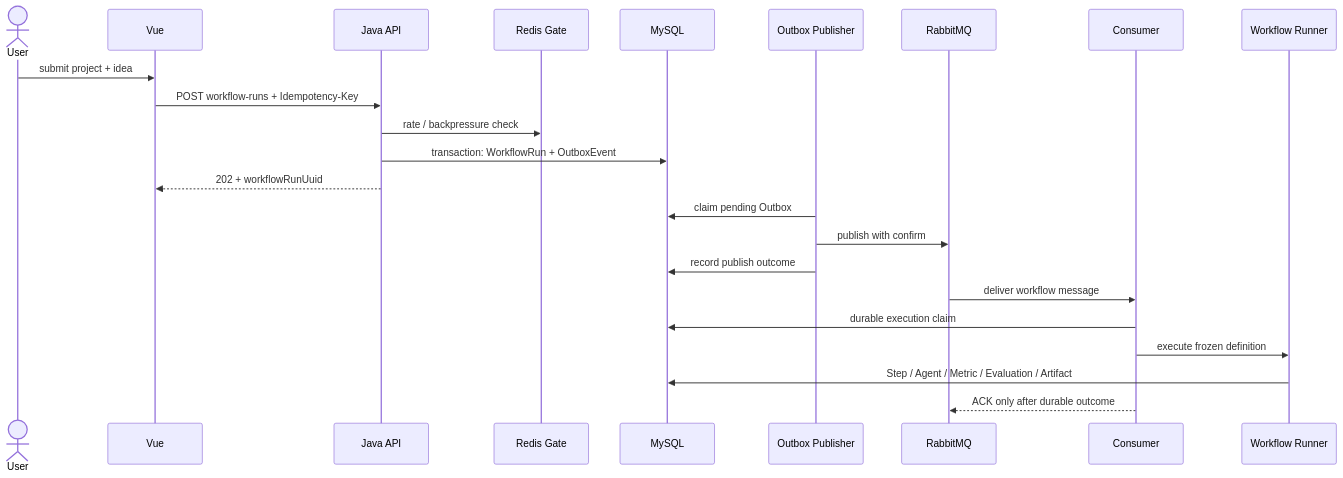
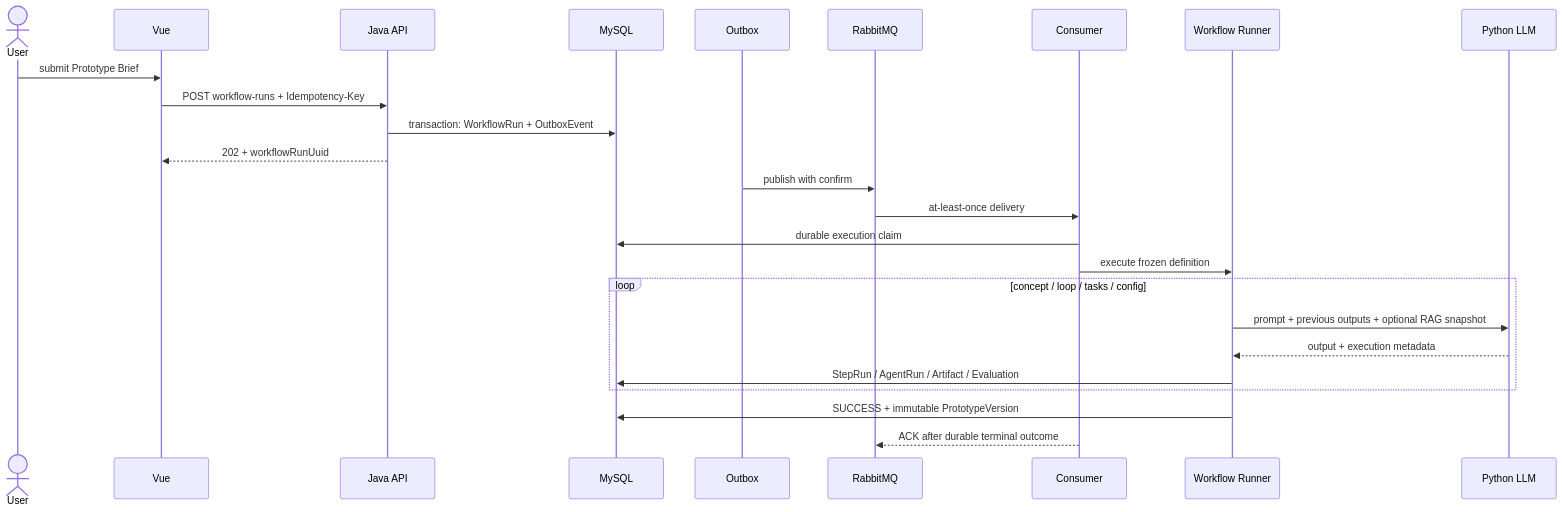
One commit to 1617-sys/GameDev-Agent-Workbench changed the second of 5 diagrams in docs/architecture/system-architecture.md. Above: the diagram before and after it, drawn with Mermaid. The commit also changed other lines of this file and 10 other files, not shown here.

````diff
--- a/docs/architecture/system-architecture.md
+++ b/docs/architecture/system-architecture.md
@@ -64,26 +73,28 @@
 ```mermaid
 sequenceDiagram
     actor U as User
     participant V as Vue
     participant A as Java API
-    participant R as Redis Gate
     participant D as MySQL
-    participant O as Outbox Publisher
+    participant O as Outbox
     participant Q as RabbitMQ
     participant C as Consumer
     participant W as Workflow Runner
+    participant P as Python LLM
 
-    U->>V: submit project + idea
+    U->>V: submit Prototype Brief
     V->>A: POST workflow-runs + Idempotency-Key
-    A->>R: rate / backpressure check
     A->>D: transaction: WorkflowRun + OutboxEvent
     A-->>V: 202 + workflowRunUuid
-    O->>D: claim pending Outbox
     O->>Q: publish with confirm
-    O->>D: record publish outcome
-    Q->>C: deliver workflow message
+    Q->>C: at-least-once delivery
     C->>D: durable execution claim
     C->>W: execute frozen definition
-    W->>D: Step / Agent / Metric / Evaluation / Artifact
-    C-->>Q: ACK only after durable outcome
+    loop concept / loop / tasks / config
+        W->>P: prompt + previous outputs + optional RAG snapshot
+        P-->>W: output + execution metadata
+        W->>D: StepRun / AgentRun / Artifact / Evaluation
+    end
+    W->>D: SUCCESS + immutable PrototypeVersion
+    C-->>Q: ACK after durable terminal outcome
 ```
````
